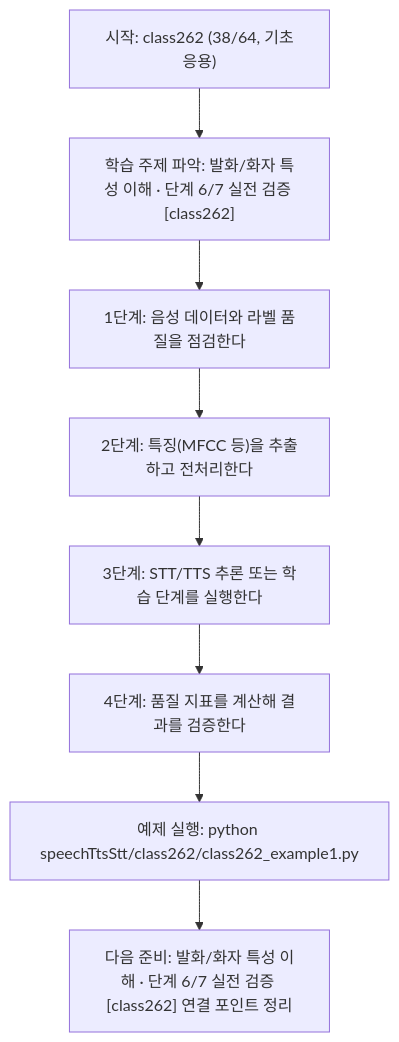
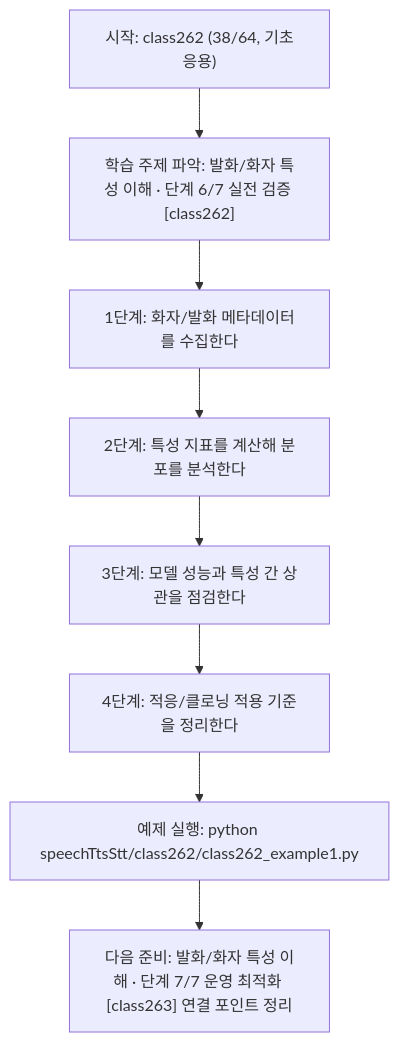
One commit to edumgt/Python-AI_Agent-Class changed the diagram in speechTtsStt/class262/class262.md. Above: the diagram before and after it, drawn with Mermaid. The commit also changed other lines of this file and 1122 other files, not shown here.

````diff
--- a/speechTtsStt/class262/class262.md
+++ b/speechTtsStt/class262/class262.md
@@ -115,18 +95,18 @@
 ```mermaid
 flowchart TD
 N1["시작: class262 (38/64, 기초응용)"]
 N2["학습 주제 파악: 발화/화자 특성 이해 · 단계 6/7 실전 검증 [class262]"]
-N3["1단계: 음성 데이터와 라벨 품질을 점검한다"]
-N4["2단계: 특징(MFCC 등)을 추출하고 전처리한다"]
-N5["3단계: STT/TTS 추론 또는 학습 단계를 실행한다"]
-N6["4단계: 품질 지표를 계산해 결과를 검증한다"]
+N3["1단계: 화자/발화 메타데이터를 수집한다"]
+N4["2단계: 특성 지표를 계산해 분포를 분석한다"]
+N5["3단계: 모델 성능과 특성 간 상관을 점검한다"]
+N6["4단계: 적응/클로닝 적용 기준을 정리한다"]
 N7["예제 실행: python speechTtsStt/class262/class262_example1.py"]
-N8["다음 준비: 발화/화자 특성 이해 · 단계 6/7 실전 검증 [class262] 연결 포인트 정리"]
+N8["다음 준비: 발화/화자 특성 이해 · 단계 7/7 운영 최적화 [class263] 연결 포인트 정리"]
 N1 --> N2
 N2 --> N3
 N3 --> N4
 N4 --> N5
 N5 --> N6
 N6 --> N7
 N7 --> N8
 ```
````
